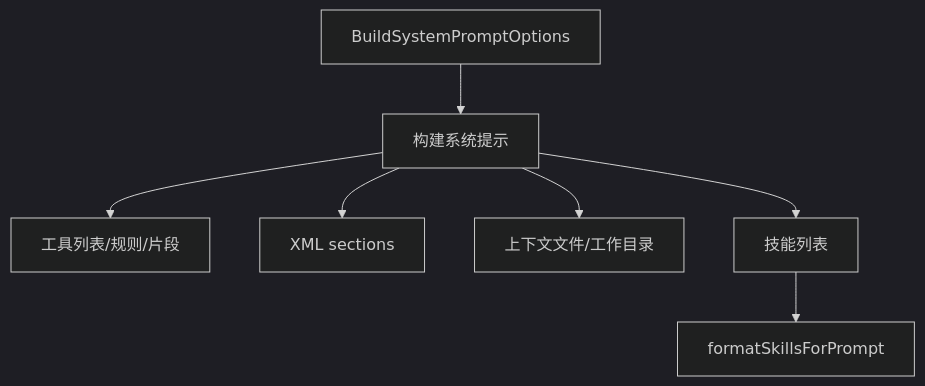
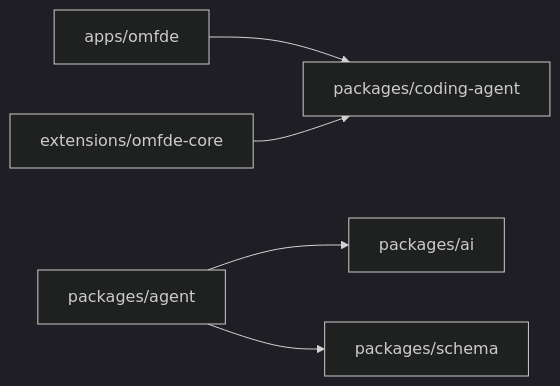
One commit to FDE-GROUP/oh-my-coding-agent changed the eighth of 8 diagrams in .qoder/repowiki/zh/content/项目概述/项目概述.md. Above: the diagram before and after it, drawn with Mermaid (dark theme). The commit also changed other lines of this file and 755 other files, not shown here.

````diff
--- a/.qoder/repowiki/zh/content/项目概述/项目概述.md
+++ b/.qoder/repowiki/zh/content/项目概述/项目概述.md
@@ -402,9 +269,7 @@
 ```mermaid
-flowchart TD
-Options["BuildSystemPromptOptions"] --> Build["构建系统提示"]
-Build --> Tools["工具列表/规则/片段"]
-Build --> Sections["XML sections"]
-Build --> Context["上下文文件/工作目录"]
-Build --> Skills["技能列表"]
-Skills --> Format["formatSkillsForPrompt"]
+graph LR
+APP["apps/omfde"] --> CA["packages/coding-agent"]
+EXT["extensions/omfde-core"] --> CA
+AG["packages/agent"] --> AI["packages/ai"]
+AG --> SCHEMA["packages/schema"]
 ```
````
